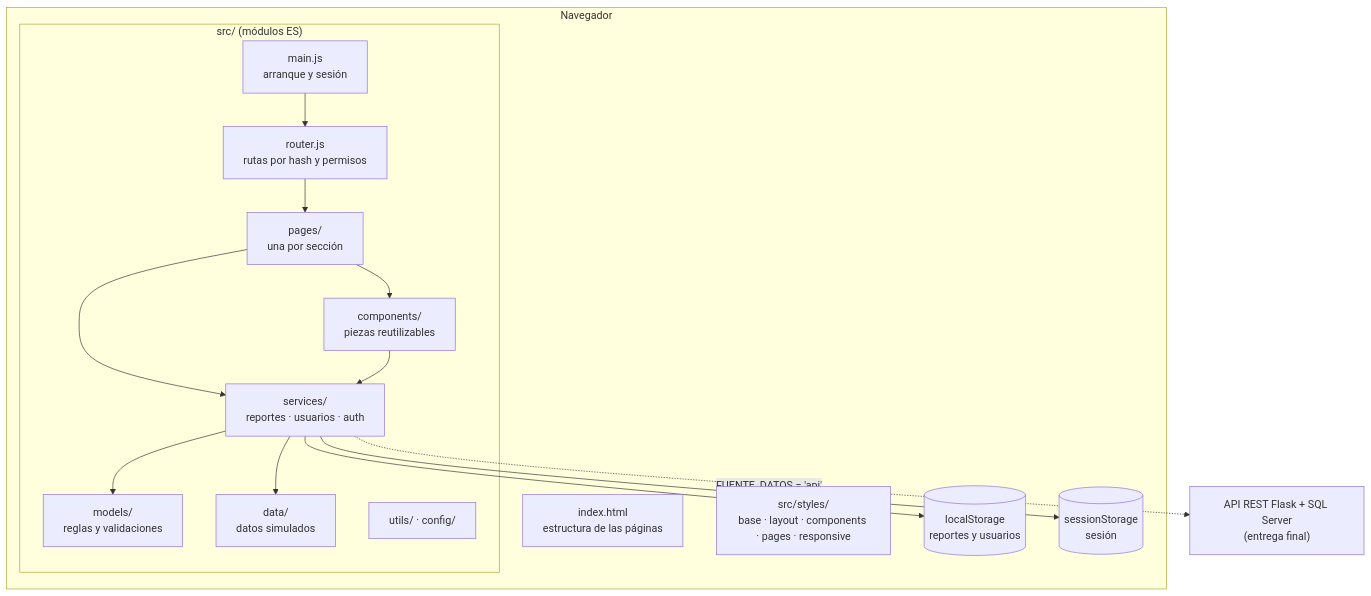
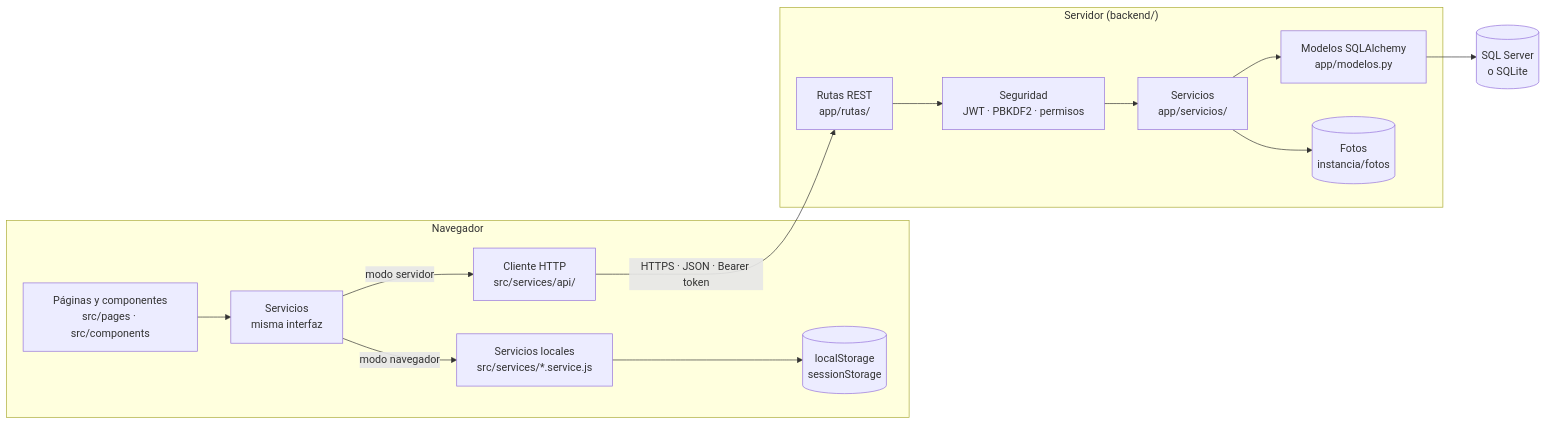
One commit to ElOne1415/ReportaCampus changed the first of 4 diagrams in documentacion/arquitectura/arquitectura.md. Above: the diagram before and after it, drawn with Mermaid. The commit also changed other lines of this file and 14 other files, not shown here.

First line of the commit message:
docs: arquitectura final, diagramas, requerimientos, pruebas y decisiones

````diff
--- a/documentacion/arquitectura/arquitectura.md
+++ b/documentacion/arquitectura/arquitectura.md
@@ -7,30 +13,27 @@
 ```mermaid
-flowchart TB
+flowchart LR
     subgraph Navegador
-        HTML["index.html<br/>estructura de las páginas"]
-        CSS["src/styles/<br/>base · layout · components · pages · responsive"]
-        subgraph JS["src/ (módulos ES)"]
-            MAIN["main.js<br/>arranque y sesión"]
-            ROUTER["router.js<br/>rutas por hash y permisos"]
-            PAGES["pages/<br/>una por sección"]
-            COMP["components/<br/>piezas reutilizables"]
-            SERV["services/<br/>reportes · usuarios · auth"]
-            MODELS["models/<br/>reglas y validaciones"]
-            DATA["data/<br/>datos simulados"]
-            UTILS["utils/ · config/"]
-        end
-        LS[("localStorage<br/>reportes y usuarios")]
-        SS[("sessionStorage<br/>sesión")]
+        UI["Páginas y componentes<br/>src/pages · src/components"]
+        SV["Servicios<br/>misma interfaz"]
+        LOC["Servicios locales<br/>src/services/*.service.js"]
+        API_C["Cliente HTTP<br/>src/services/api/"]
+        LS[("localStorage<br/>sessionStorage")]
+        UI --> SV
+        SV -->|"modo navegador"| LOC --> LS
+        SV -->|"modo servidor"| API_C
     end
-    API["API REST Flask + SQL Server<br/>(entrega final)"]
 
-    MAIN --> ROUTER --> PAGES
-    PAGES --> COMP
-    PAGES --> SERV
-    COMP --> SERV
-    SERV --> MODELS
-    SERV --> DATA
-    SERV --> LS
-    SERV --> SS
-    SERV -. "FUENTE_DATOS = 'api'" .-> API
+    subgraph Servidor["Servidor (backend/)"]
+        RT["Rutas REST<br/>app/rutas/"]
+        SEG["Seguridad<br/>JWT · PBKDF2 · permisos"]
+        SRV["Servicios<br/>app/servicios/"]
+        ORM["Modelos SQLAlchemy<br/>app/modelos.py"]
+        FS[("Fotos<br/>instancia/fotos")]
+        RT --> SEG --> SRV --> ORM
+        SRV --> FS
+    end
+
+    DB[("SQL Server<br/>o SQLite")]
+    API_C -- "HTTPS · JSON · Bearer token" --> RT
+    ORM --> DB
 ```
````
